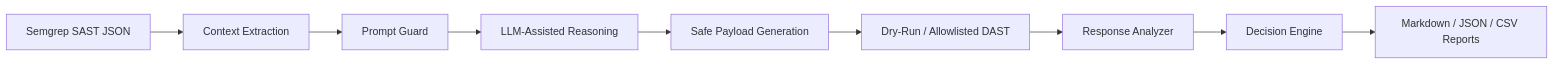
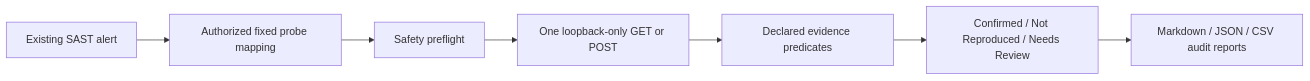
Before and after one commit to ZENLIK02/HeimDall-SecurityV2: the diagram in README.md, drawn with Mermaid. The commit also changed other lines of this file and 56 other files, not shown here.

````diff
--- a/README.md
+++ b/README.md
@@ -107,11 +119,9 @@
 ```mermaid
 flowchart LR
-    A[Semgrep SAST JSON] --> B[Context Extraction]
-    B --> C[Prompt Guard]
-    C --> D[LLM-Assisted Reasoning]
-    D --> E[Safe Payload Generation]
-    E --> F[Dry-Run / Allowlisted DAST]
-    F --> G[Response Analyzer]
-    G --> H[Decision Engine]
-    H --> I[Markdown / JSON / CSV Reports]
+    A[Existing SAST alert] --> B[Authorized fixed probe mapping]
+    B --> C[Safety preflight]
+    C --> D[One loopback-only GET or POST]
+    D --> E[Declared evidence predicates]
+    E --> F[Confirmed / Not Reproduced / Needs Review]
+    F --> G[Markdown / JSON / CSV audit reports]
 ```
````
